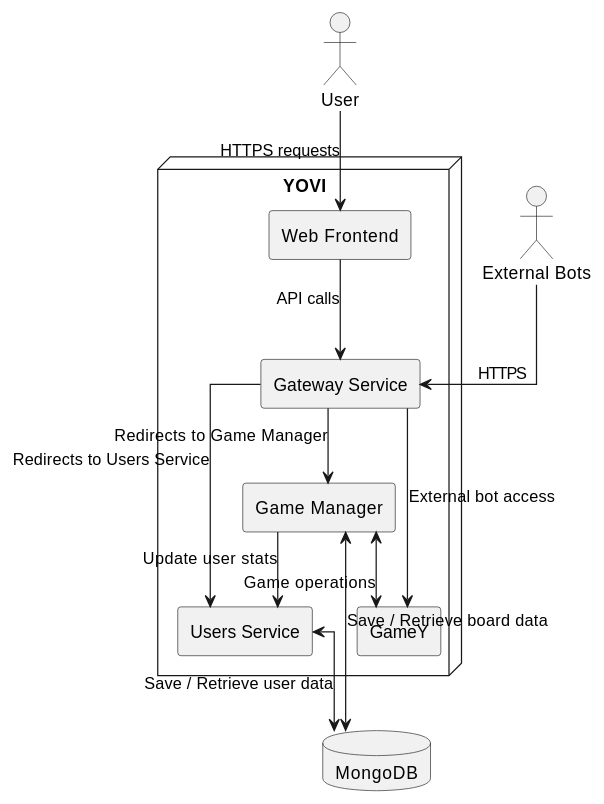
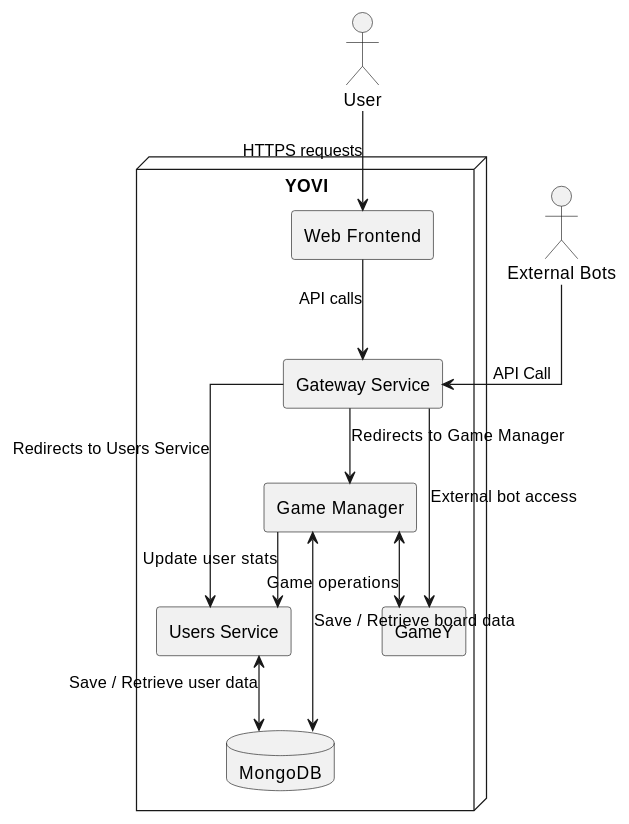
One commit to Arquisoft/yovi_en3a changed the second of 2 diagrams in docs/src/03_context_and_scope.adoc. Above: the diagram before and after it, drawn with PlantUML. The commit also changed other lines of this file, not shown here.

Commit message:
Fix mongoDB inside the system in the documentation

```diff
--- a/docs/src/03_context_and_scope.adoc
+++ b/docs/src/03_context_and_scope.adoc
@@ -93,27 +93,27 @@
 [plantuml, "Technical context",png]
 ----
 skinparam linetype ortho
 
 actor User
 actor "External Bots" as Bots
-database "MongoDB" as DB
 
 node "YOVI" {
     rectangle "Web Frontend" as Frontend
     rectangle "Gateway Service" as Gateway
     rectangle "Users Service" as Service
     rectangle "Game Manager" as Manager
     rectangle "GameY" as Game
+    database "MongoDB" as DB
 }
 
 User --> Frontend : HTTPS requests
 Frontend --> Gateway : API calls
 Gateway --> Service : Redirects to Users Service
 Gateway --> Manager : Redirects to Game Manager
 Gateway --> Game : External bot access
-Bots --> Gateway : HTTPS
+Bots --> Gateway : API Call
 Service <--> DB : Save / Retrieve user data
 Manager <--> DB : Save / Retrieve board data
 Manager <--> Game : Game operations
 Manager --> Service : Update user stats
 ----
```
